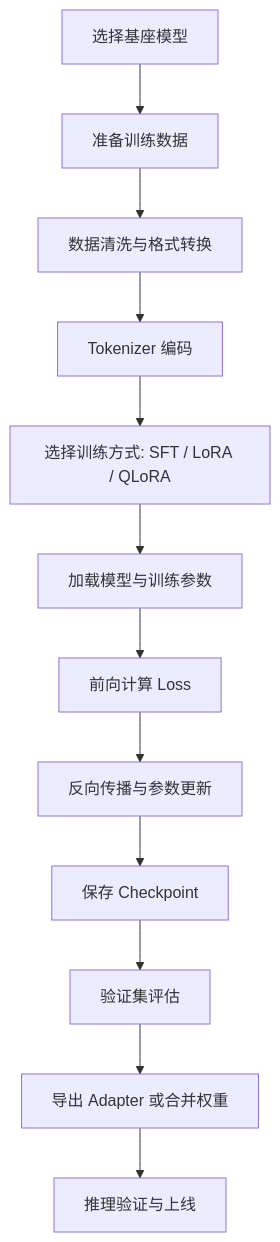
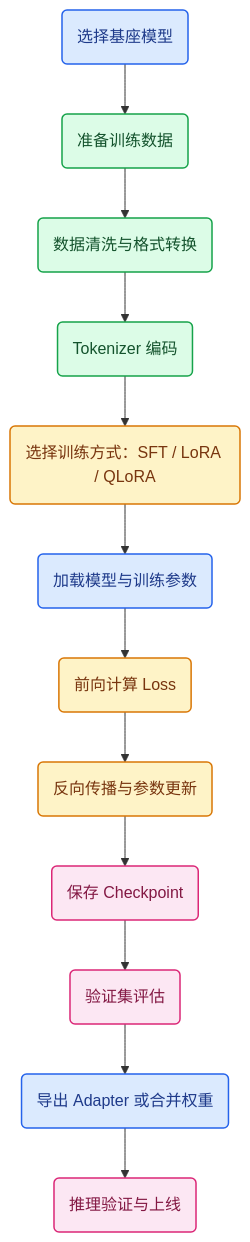
One commit to XuelinHu/blogs changed the diagram in docs/posts/LLM/LLM adjusting.md. Above: the diagram before and after it, drawn with Mermaid. The commit also changed 10 other files, not shown here.

Commit message:
style: improve mermaid flowchart layout and colors

````diff
--- a/docs/posts/LLM/LLM adjusting.md
+++ b/docs/posts/LLM/LLM adjusting.md
@@ -106,14 +106,18 @@
 ```mermaid
-flowchart TD
-    A[选择基座模型] --> B[准备训练数据]
-    B --> C[数据清洗与格式转换]
-    C --> D[Tokenizer 编码]
-    D --> E[选择训练方式: SFT / LoRA / QLoRA]
-    E --> F[加载模型与训练参数]
-    F --> G[前向计算 Loss]
-    G --> H[反向传播与参数更新]
-    H --> I[保存 Checkpoint]
-    I --> J[验证集评估]
-    J --> K[导出 Adapter 或合并权重]
-    K --> L[推理验证与上线]
+flowchart TB
+    classDef model fill:#dbeafe,stroke:#2563eb,color:#1e3a8a,stroke-width:1.5px
+    classDef data fill:#dcfce7,stroke:#16a34a,color:#14532d,stroke-width:1.5px
+    classDef train fill:#fef3c7,stroke:#d97706,color:#78350f,stroke-width:1.5px
+    classDef eval fill:#fce7f3,stroke:#db2777,color:#831843,stroke-width:1.5px
+    A(选择基座模型):::model --> B(准备训练数据):::data
+    B --> C(数据清洗与格式转换):::data
+    C --> D(Tokenizer 编码):::data
+    D --> E(选择训练方式：SFT / LoRA / QLoRA):::train
+    E --> F(加载模型与训练参数):::model
+    F --> G(前向计算 Loss):::train
+    G --> H(反向传播与参数更新):::train
+    H --> I(保存 Checkpoint):::eval
+    I --> J(验证集评估):::eval
+    J --> K(导出 Adapter 或合并权重):::model
+    K --> L(推理验证与上线):::eval
 ```
````
